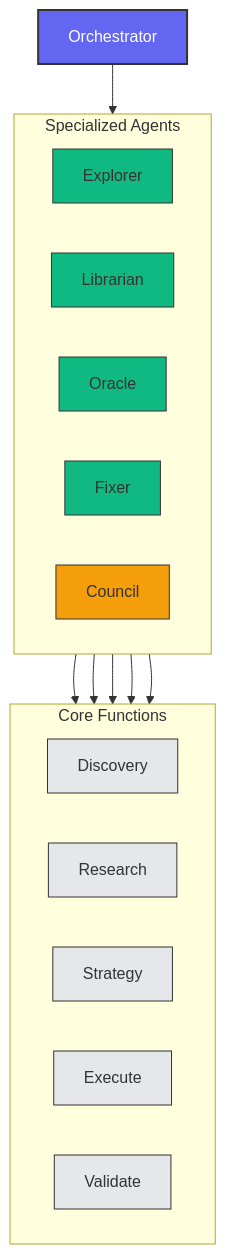
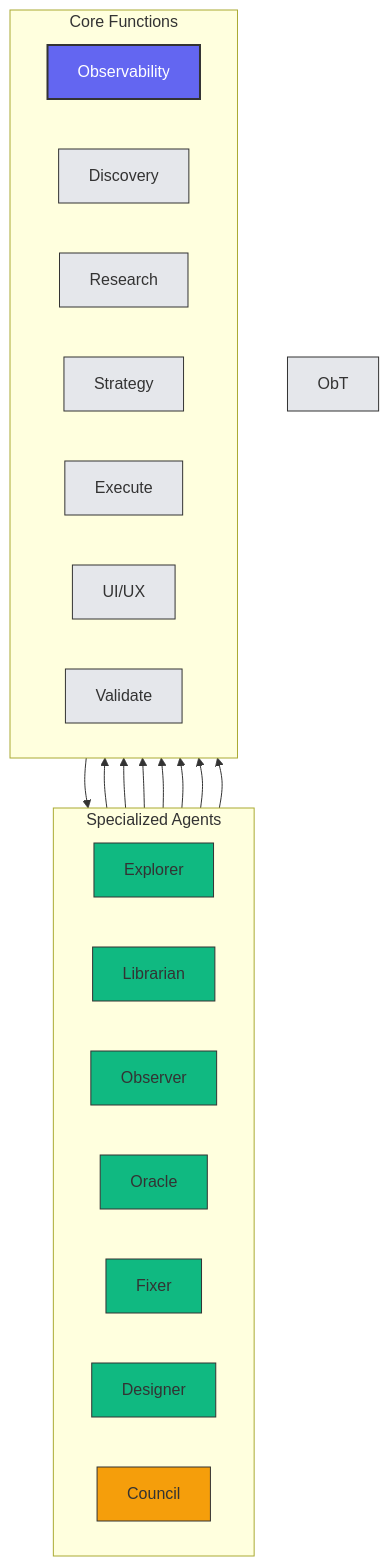
One commit to adurrr/ai-devsecops-workflows changed the first of 5 diagrams in docs-site/content/docs/paradigms.md. Above: the diagram before and after it, drawn with Mermaid. The commit also changed 18 other files, not shown here.

First line of the commit message:
feat(agent): add Observer — dedicated observability & monitoring agent

````diff
--- a/docs-site/content/docs/paradigms.md
+++ b/docs-site/content/docs/paradigms.md
@@ -31,41 +31,51 @@
 ```mermaid
 flowchart TD
     O[Orchestrator]:::primary
 
     subgraph Agents [Specialized Agents]
         direction LR
         E[Explorer]:::agent
         L[Librarian]:::agent
+        Ob[Observer]:::agent
         Or[Oracle]:::agent
         F[Fixer]:::agent
+        Ds[Designer]:::agent
         C[Council]:::agent
     end
 
     subgraph Tasks [Core Functions]
         direction LR
         D[Discovery]:::task
         R[Research]:::task
+        O[Observability]:::task
         S[Strategy]:::task
         Ex[Execute]:::task
+        U[UI/UX]:::task
         V[Validate]:::task
     end
 
     O --> Agents
     E --> D
     L --> R
+    Ob --> O
     Or --> S
     F --> Ex
+    Ds --> U
     C --> V
 
     style O fill:#6366f1,stroke:#333,stroke-width:2px,color:#fff
     style E fill:#10b981,stroke:#333,stroke-width:1px
     style L fill:#10b981,stroke:#333,stroke-width:1px
+    style Ob fill:#10b981,stroke:#333,stroke-width:1px
     style Or fill:#10b981,stroke:#333,stroke-width:1px
     style F fill:#10b981,stroke:#333,stroke-width:1px
+    style Ds fill:#10b981,stroke:#333,stroke-width:1px
     style C fill:#f59e0b,stroke:#333,stroke-width:1px
     style D fill:#e5e7eb,stroke:#333,stroke-width:1px
     style R fill:#e5e7eb,stroke:#333,stroke-width:1px
+    style ObT fill:#e5e7eb,stroke:#333,stroke-width:1px
     style S fill:#e5e7eb,stroke:#333,stroke-width:1px
     style Ex fill:#e5e7eb,stroke:#333,stroke-width:1px
+    style U fill:#e5e7eb,stroke:#333,stroke-width:1px
     style V fill:#e5e7eb,stroke:#333,stroke-width:1px
 ```
````
